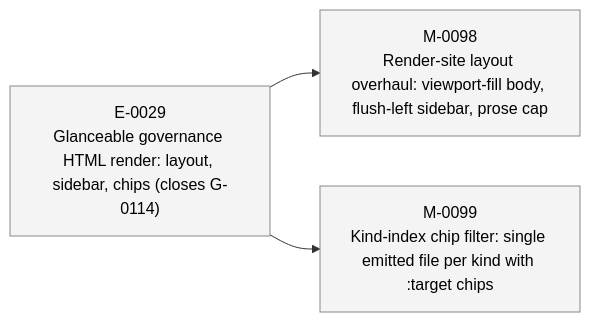
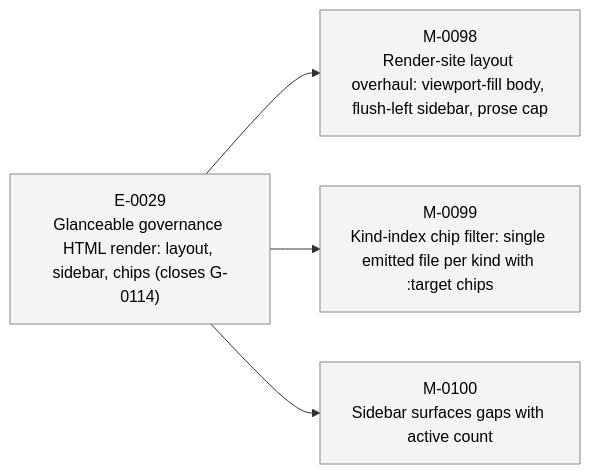
The third of 3 diagrams in STATUS.md (23min/aiwf), drawn with Mermaid before and after one commit. The commit also changed other lines of this file and 1 other file, not shown here.

First line of the commit message:
aiwf add milestone M-0100 "Sidebar surfaces gaps with active count"

````diff
--- a/STATUS.md
+++ b/STATUS.md
@@ -69,14 +70,16 @@
 ```mermaid
 flowchart LR
   E_0029["E-0029<br/>Glanceable governance HTML render: layout, sidebar, chips (closes G-0114)"]:::epic_proposed
   M_0098["M-0098<br/>Render-site layout overhaul: viewport-fill body, flush-left sidebar, prose cap"]:::ms_draft
   E_0029 --> M_0098
   M_0099["M-0099<br/>Kind-index chip filter: single emitted file per kind with :target chips"]:::ms_draft
   E_0029 --> M_0099
+  M_0100["M-0100<br/>Sidebar surfaces gaps with active count"]:::ms_draft
+  E_0029 --> M_0100
   classDef epic_active fill:#d6eaff,stroke:#1a73e8,color:#000
   classDef epic_proposed fill:#f4f4f4,stroke:#888,color:#000
   classDef ms_done fill:#d8f5d8,stroke:#2a8a2a,color:#000
   classDef ms_in_progress fill:#fff3c4,stroke:#caa400,color:#000
   classDef ms_draft fill:#f4f4f4,stroke:#888,color:#000
   classDef ms_cancelled fill:#fbeaea,stroke:#c33,color:#000
 ```
````
